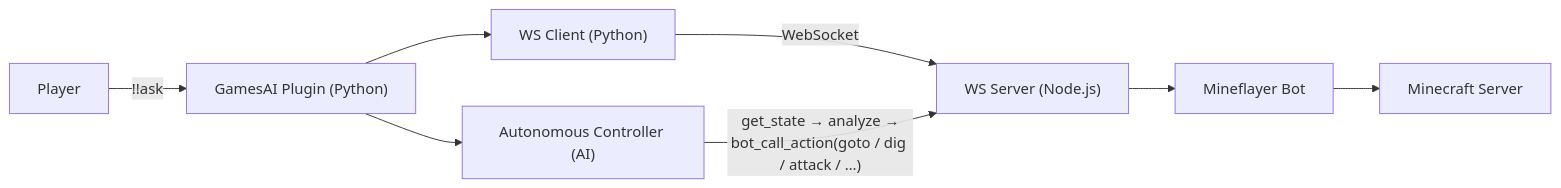
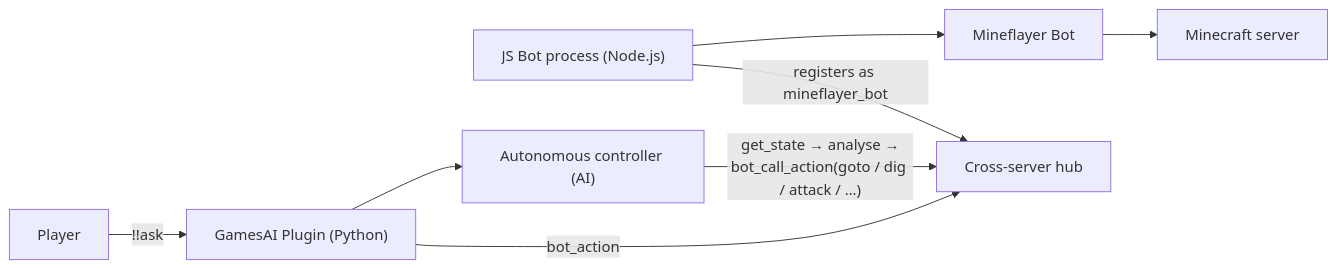
One commit to PengZixuan30/Games_AI changed the diagram in docs/en_us/mineflayer-bot.md. Above: the diagram before and after it, drawn with Mermaid. The commit also changed other lines of this file and 41 other files, not shown here.

````diff
--- a/docs/en_us/mineflayer-bot.md
+++ b/docs/en_us/mineflayer-bot.md
@@ -29,10 +29,10 @@
 ```mermaid
 flowchart LR
     A["Player"] -->|"!!ask"| B["GamesAI Plugin (Python)"]
-    B --> C["WS Client (Python)"]
-    C -->|"WebSocket"| D["WS Server (Node.js)"]
-    D --> E["Mineflayer Bot"]
-    E --> F["Minecraft Server"]
-    B --> G["Autonomous Controller (AI)"]
-    G -->|"get_state → analyze →<br/>bot_call_action(goto / dig / attack / …)"| D
+    B -->|"bot_action"| D["Cross-server hub"]
+    H["JS Bot process (Node.js)"] -->|"registers as mineflayer_bot"| D
+    H --> E["Mineflayer Bot"]
+    E --> F["Minecraft server"]
+    B --> G["Autonomous controller (AI)"]
+    G -->|"get_state → analyse →<br/>bot_call_action(goto / dig / attack / …)"| D
 ```
````
